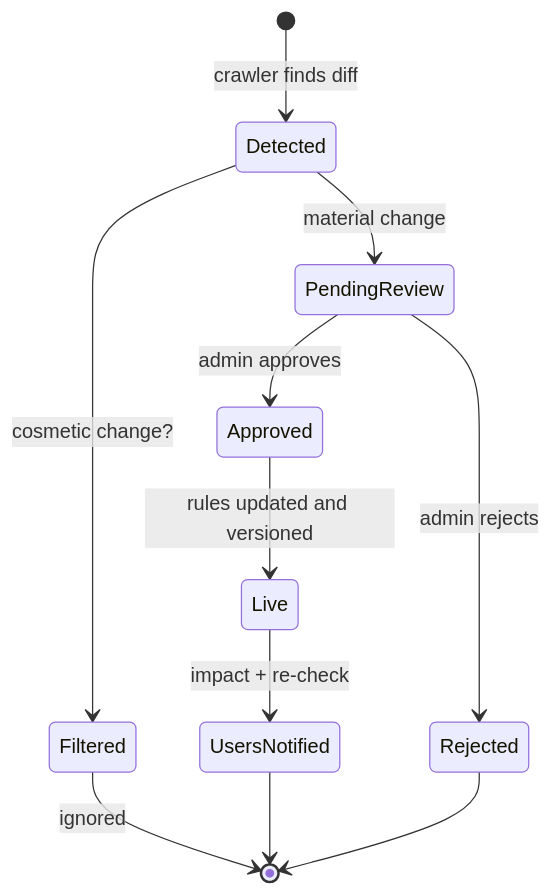
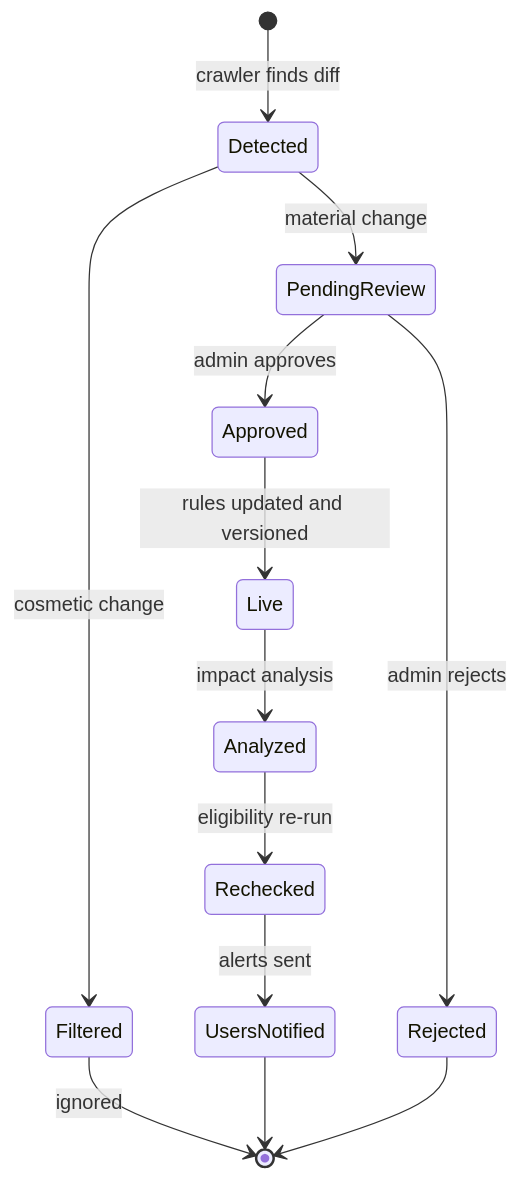
Before and after one commit to Akshatsrii/Adhikar: diagram 18 of 20 in README.md, drawn with Mermaid. The commit also changed other lines of this file, not shown here.

````diff
--- a/README.md
+++ b/README.md
@@ -556,13 +835,15 @@
 ```mermaid
 stateDiagram-v2
     [*] --> Detected: crawler finds diff
-    Detected --> Filtered: cosmetic change?
+    Detected --> Filtered: cosmetic change
     Filtered --> [*]: ignored
     Detected --> PendingReview: material change
     PendingReview --> Approved: admin approves
     PendingReview --> Rejected: admin rejects
     Approved --> Live: rules updated and versioned
-    Live --> UsersNotified: impact + re-check
+    Live --> Analyzed: impact analysis
+    Analyzed --> Rechecked: eligibility re-run
+    Rechecked --> UsersNotified: alerts sent
     UsersNotified --> [*]
     Rejected --> [*]
 ```
````
